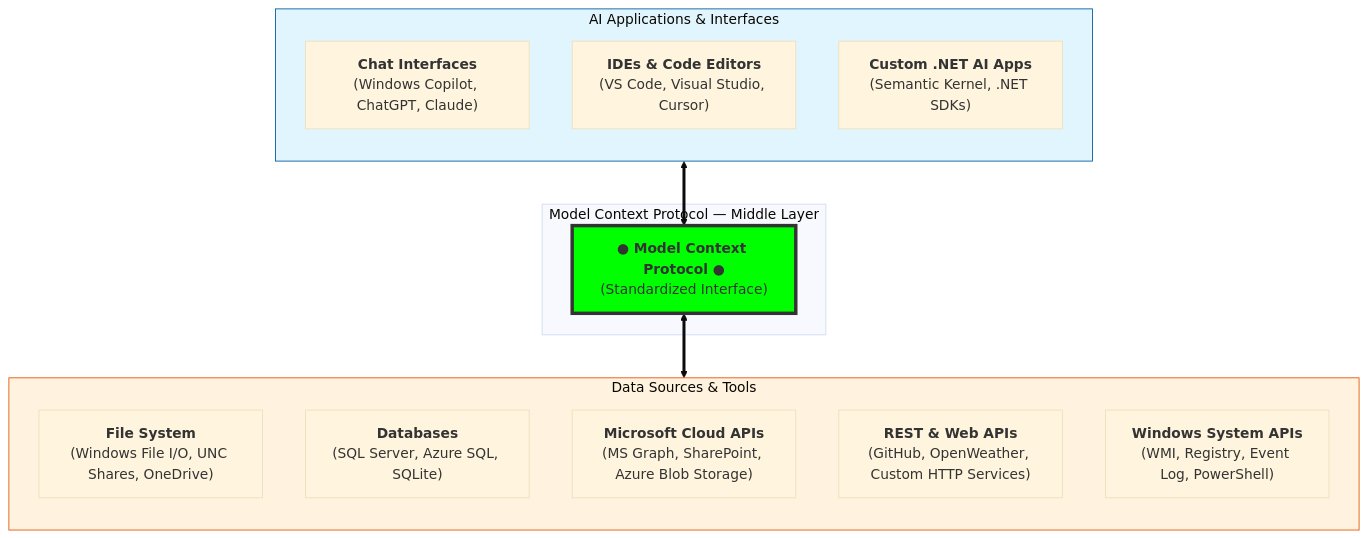
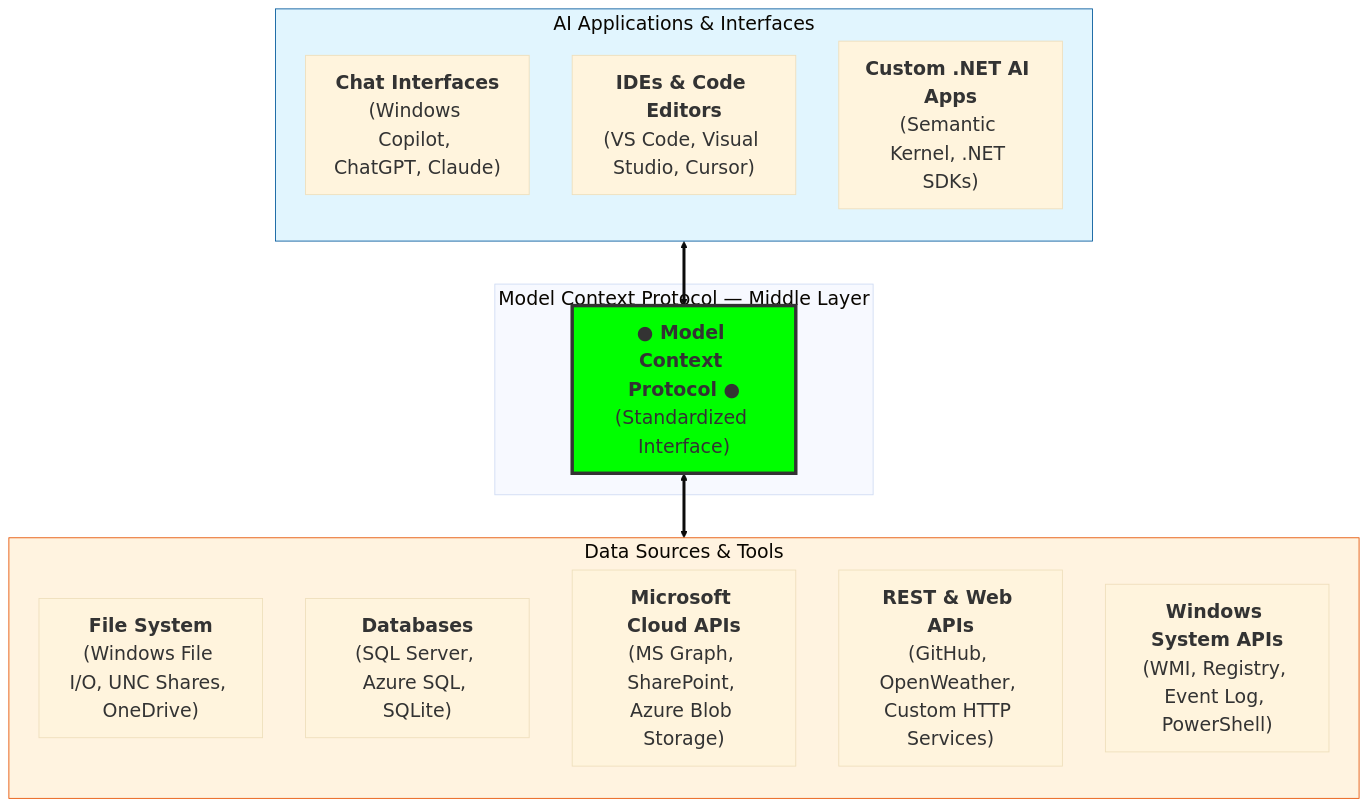
One commit to toreaurstadboss/toreaurstadboss.github.io changed the diagram in lectures/lecture1/ProgrammaticMcpDemo-OverviewOfMcp.md. Above: the diagram before and after it, drawn with Mermaid. The commit also changed 2 other files, not shown here.

Commit message:
Added Google Roboto font and bigger fonts, 16 pt

```diff
--- a/lectures/lecture1/ProgrammaticMcpDemo-OverviewOfMcp.md
+++ b/lectures/lecture1/ProgrammaticMcpDemo-OverviewOfMcp.md
@@ -32,30 +32,30 @@
 <div class="mermaid" markdown="0">
-%%{init: {'theme': 'base', 'themeVariables': {'fontSize': '16px'}}}%%
+%%{init: {'theme': 'base', 'themeVariables': {'fontSize': '22px'}}}%%
 graph TD
     subgraph AI_Applications ["AI Applications & Interfaces"]
         direction TB
         A1["<b>Chat Interfaces</b><br/>(Windows Copilot, ChatGPT, Claude)"]
         A2["<b>IDEs & Code Editors</b><br/>(VS Code, Visual Studio, Cursor)"]
         A3["<b>Custom .NET AI Apps</b><br/>(Semantic Kernel, .NET SDKs)"]
     end
 
     subgraph Protocol_Layer ["Model Context Protocol — Middle Layer"]
         MCP["<b>● Model Context Protocol ●</b><br/>(Standardized Interface)"]
     end
 
     subgraph Data_Tools ["Data Sources & Tools"]
         direction TB
         D1["<b>File System</b><br/>(Windows File I/O, UNC Shares, OneDrive)"]
         D2["<b>Databases</b><br/>(SQL Server, Azure SQL, SQLite)"]
         D3["<b>Microsoft Cloud APIs</b><br/>(MS Graph, SharePoint, Azure Blob Storage)"]
         D4["<b>REST & Web APIs</b><br/>(GitHub, OpenWeather, Custom HTTP Services)"]
         D5["<b>Windows System APIs</b><br/>(WMI, Registry, Event Log, PowerShell)"]
     end
 
     AI_Applications <==> MCP
     MCP <==> Data_Tools
 
     style MCP fill:#00FF00,stroke:#333,stroke-width:4px
     style AI_Applications fill:#e1f5fe,stroke:#01579b
     style Data_Tools fill:#fff3e0,stroke:#e65100
 </div>
```
